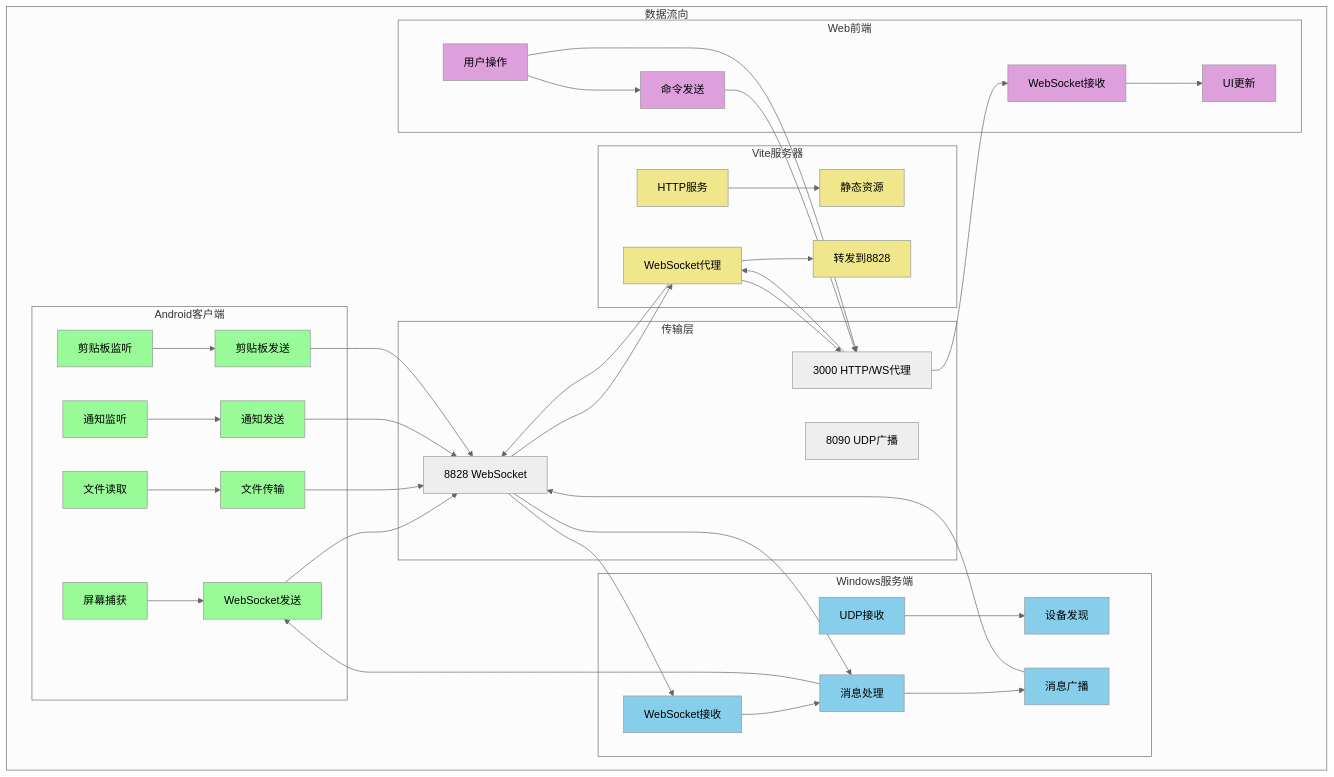
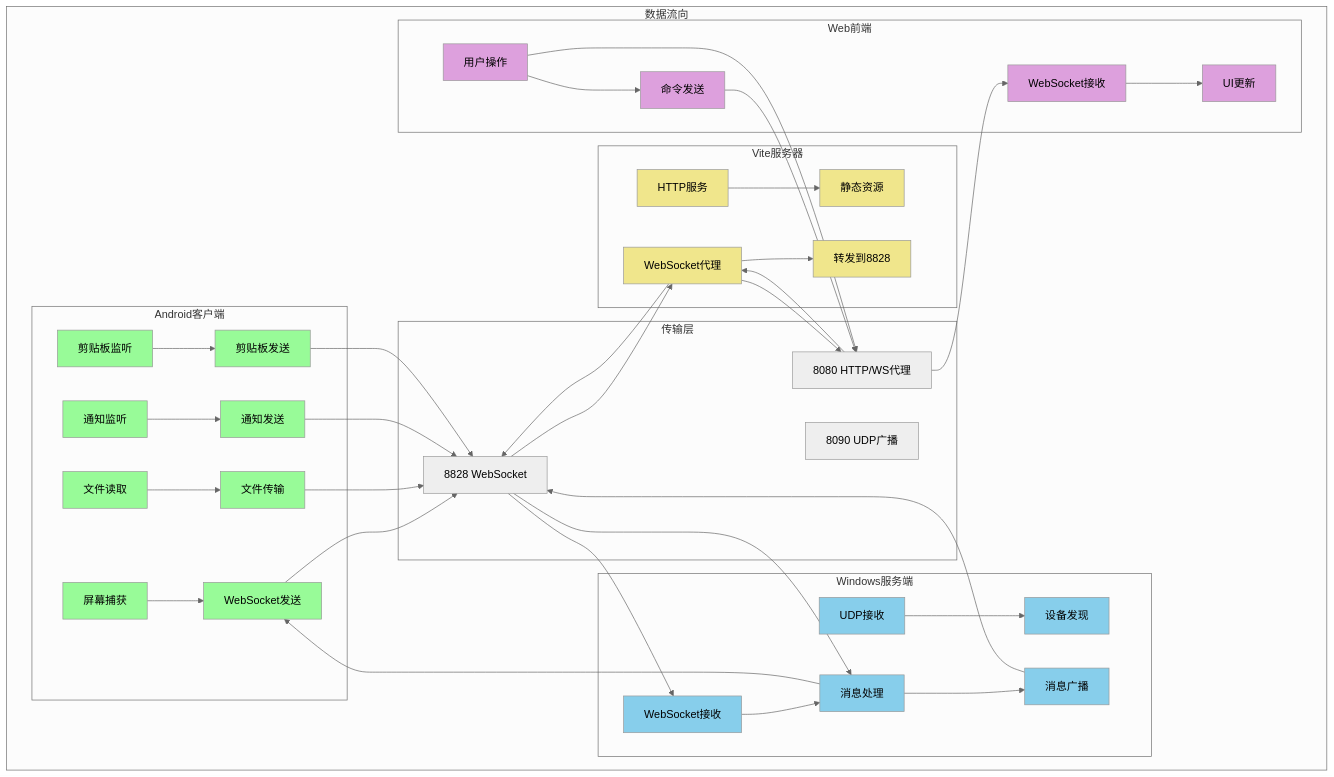
The third of 3 diagrams in 系统架构图.md (franxxyuri/YuukiWebSocket), drawn with Mermaid (neutral theme) before and after one commit. The commit also changed other lines of this file and 57 other files, not shown here.

````diff
--- a/系统架构图.md
+++ b/系统架构图.md
@@ -90,74 +90,74 @@
 ```mermaid
 flowchart LR
     subgraph 数据流向
         direction LR
         
         subgraph Android客户端
             A1[屏幕捕获] --> A2[WebSocket发送]
             A3[文件读取] --> A4[文件传输]
             A5[通知监听] --> A6[通知发送]
             A7[剪贴板监听] --> A8[剪贴板发送]
         end
         
         subgraph 传输层
             T1[8828 WebSocket]
             T2[8090 UDP广播]
-            T3[3000 HTTP/WS代理]
+            T3[8080 HTTP/WS代理]
         end
         
         subgraph Windows服务端
             W1[WebSocket接收] --> W2[消息处理]
             W3[UDP接收] --> W4[设备发现]
             W2 --> W5[消息广播]
         end
         
         subgraph Vite服务器
             V1[HTTP服务] --> V2[静态资源]
             V3[WebSocket代理] --> V4[转发到8828]
         end
         
         subgraph Web前端
             F1[WebSocket接收] --> F2[UI更新]
             F3[用户操作] --> F4[命令发送]
         end
         
         A2 --> T1
         T1 --> W1
         W5 --> T1
         T1 --> V3
         V3 --> T3
         T3 --> F1
         F4 --> T3
         T3 --> V3
         V3 --> T1
         T1 --> W2
         W2 --> A2
         
         A4 --> T1
         A6 --> T1
         A8 --> T1
         F3 --> T3
     end
     
     style A1 fill:#98fb98
     style A2 fill:#98fb98
     style A3 fill:#98fb98
     style A4 fill:#98fb98
     style A5 fill:#98fb98
     style A6 fill:#98fb98
     style A7 fill:#98fb98
     style A8 fill:#98fb98
     style W1 fill:#87ceeb
     style W2 fill:#87ceeb
     style W3 fill:#87ceeb
     style W4 fill:#87ceeb
     style W5 fill:#87ceeb
     style F1 fill:#dda0dd
     style F2 fill:#dda0dd
     style F3 fill:#dda0dd
     style F4 fill:#dda0dd
     style V1 fill:#f0e68c
     style V2 fill:#f0e68c
     style V3 fill:#f0e68c
     style V4 fill:#f0e68c
 ```
````
